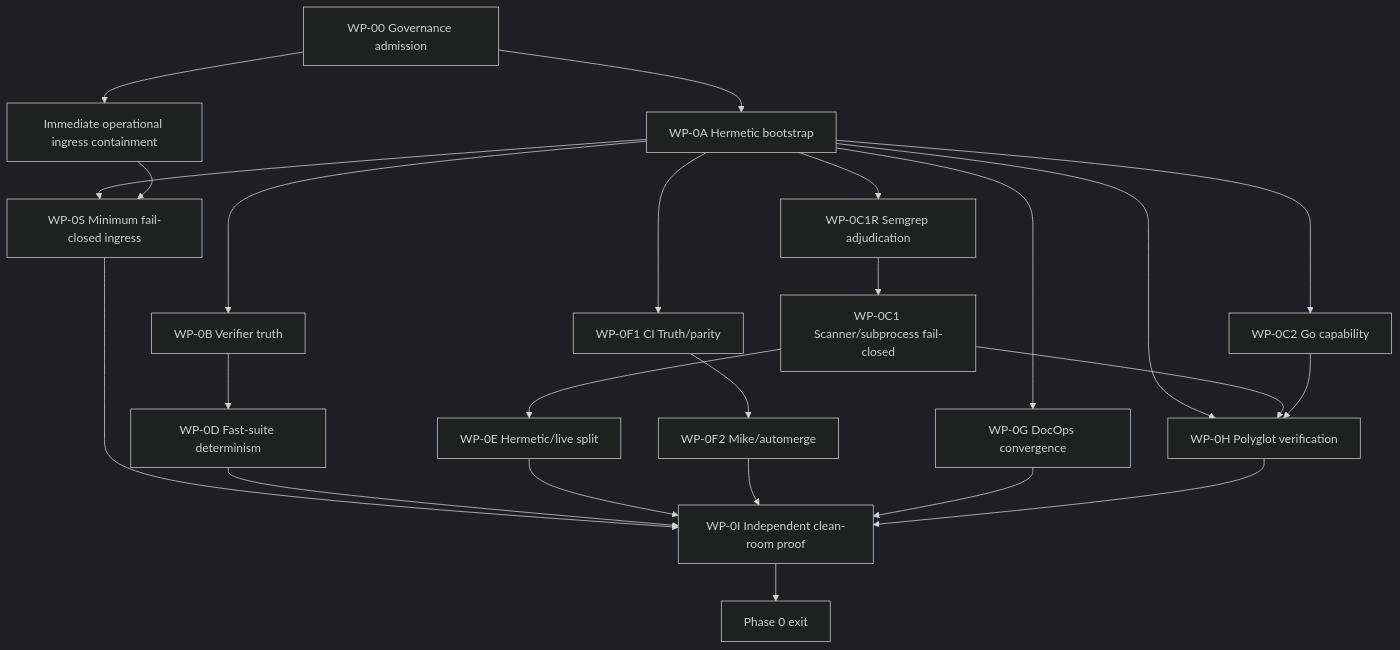
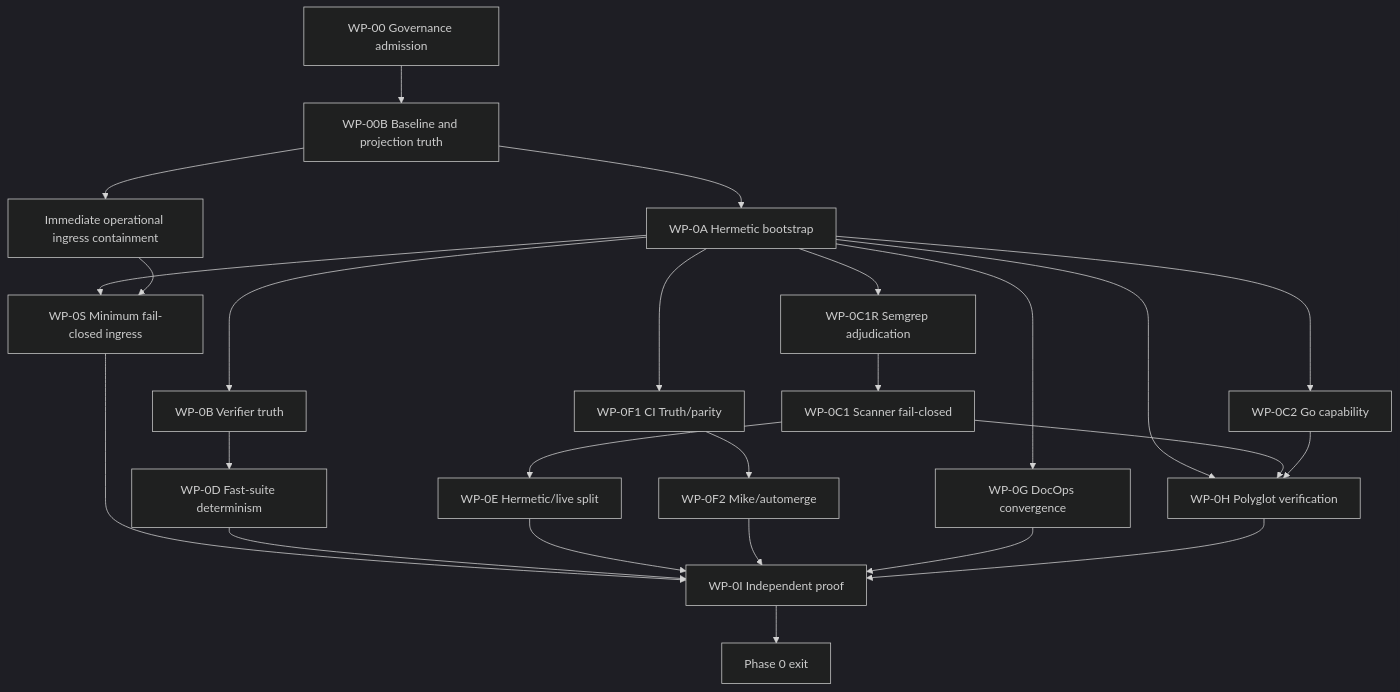
One commit to AIKAGRYA/dharma_swarm changed the diagram in docs/plans/TITANIUM_GRADE_REPOSITORY_HARDENING_2026-07-10.md. Above: the diagram before and after it, drawn with Mermaid (dark theme). The commit also changed other lines of this file and 7 other files, not shown here.

Commit message:
governance: bind titanium executor and dashboard truth

````diff
--- a/docs/plans/TITANIUM_GRADE_REPOSITORY_HARDENING_2026-07-10.md
+++ b/docs/plans/TITANIUM_GRADE_REPOSITORY_HARDENING_2026-07-10.md
@@ -214,26 +338,27 @@
 ```mermaid
 flowchart TD
-  P[WP-00 Governance admission] --> A[WP-0A Hermetic bootstrap]
-  P --> O[Immediate operational ingress containment]
+  P[WP-00 Governance admission] --> R[WP-00B Baseline and projection truth]
+  R --> A[WP-0A Hermetic bootstrap]
+  R --> O[Immediate operational ingress containment]
   A --> S[WP-0S Minimum fail-closed ingress]
   O --> S
   A --> B[WP-0B Verifier truth]
   A --> C1R[WP-0C1R Semgrep adjudication]
-  C1R --> C1[WP-0C1 Scanner/subprocess fail-closed]
+  C1R --> C1[WP-0C1 Scanner fail-closed]
   A --> C2[WP-0C2 Go capability]
   B --> D[WP-0D Fast-suite determinism]
   C1 --> E[WP-0E Hermetic/live split]
   A --> F1[WP-0F1 CI Truth/parity]
   F1 --> F2[WP-0F2 Mike/automerge]
   A --> G[WP-0G DocOps convergence]
   A --> H[WP-0H Polyglot verification]
   C1 --> H
   C2 --> H
-  S --> I[WP-0I Independent clean-room proof]
+  S --> I[WP-0I Independent proof]
   D --> I
   E --> I
   F2 --> I
   G --> I
   H --> I
   I --> Z[Phase 0 exit]
 ```
````
